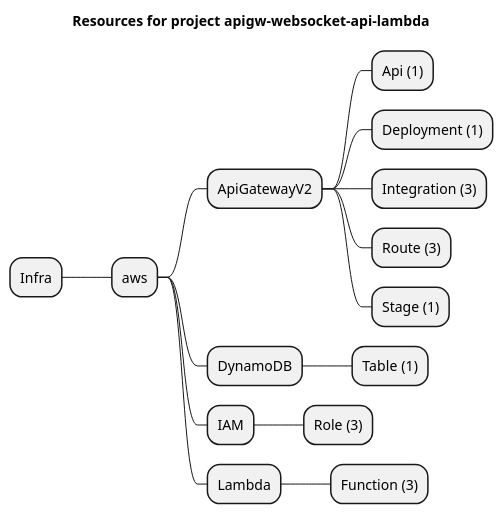
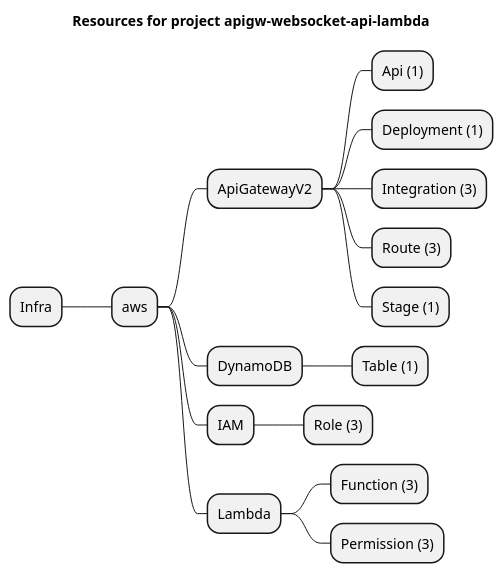
The diagram in examples/aws/ApiGatewayV2/apigw-websocket-api-lambda/artifacts/resources-mindmap.puml (grucloud/grucloud), drawn with PlantUML before and after one commit. The commit also changed 123 other files, not shown here.

```diff
--- a/examples/aws/ApiGatewayV2/apigw-websocket-api-lambda/artifacts/resources-mindmap.puml
+++ b/examples/aws/ApiGatewayV2/apigw-websocket-api-lambda/artifacts/resources-mindmap.puml
@@ -1,18 +1,19 @@
 @startmindmap
 title Resources for project apigw-websocket-api-lambda
 skinparam monochrome true
 + Infra
 ++ aws
 +++ ApiGatewayV2
 ++++ Api (1)
 ++++ Deployment (1)
 ++++ Integration (3)
 ++++ Route (3)
 ++++ Stage (1)
 +++ DynamoDB
 ++++ Table (1)
 +++ IAM
 ++++ Role (3)
 +++ Lambda
 ++++ Function (3)
+++++ Permission (3)
 @endmindmap
```
